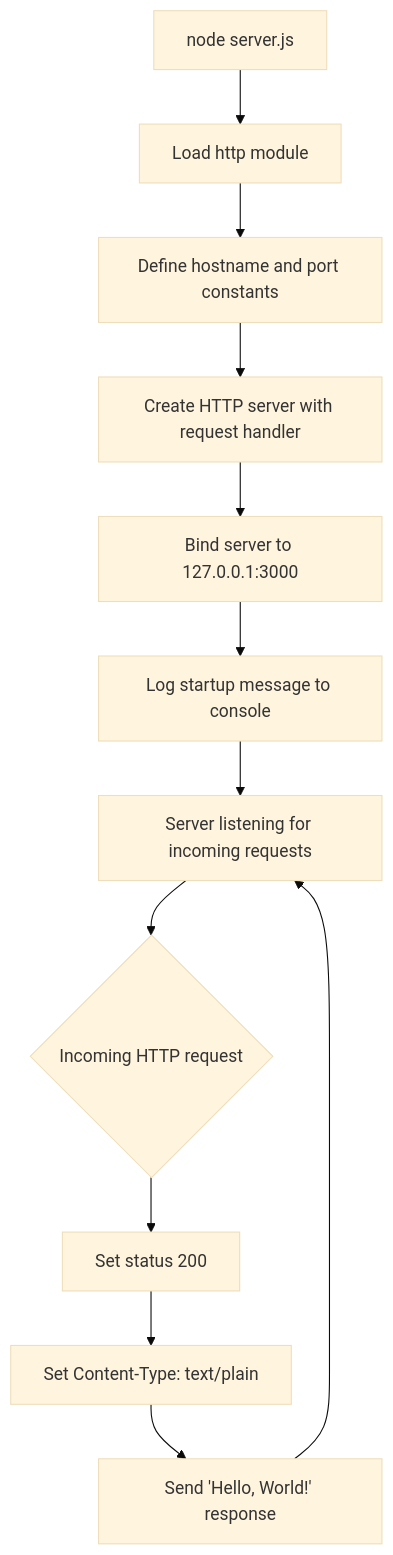
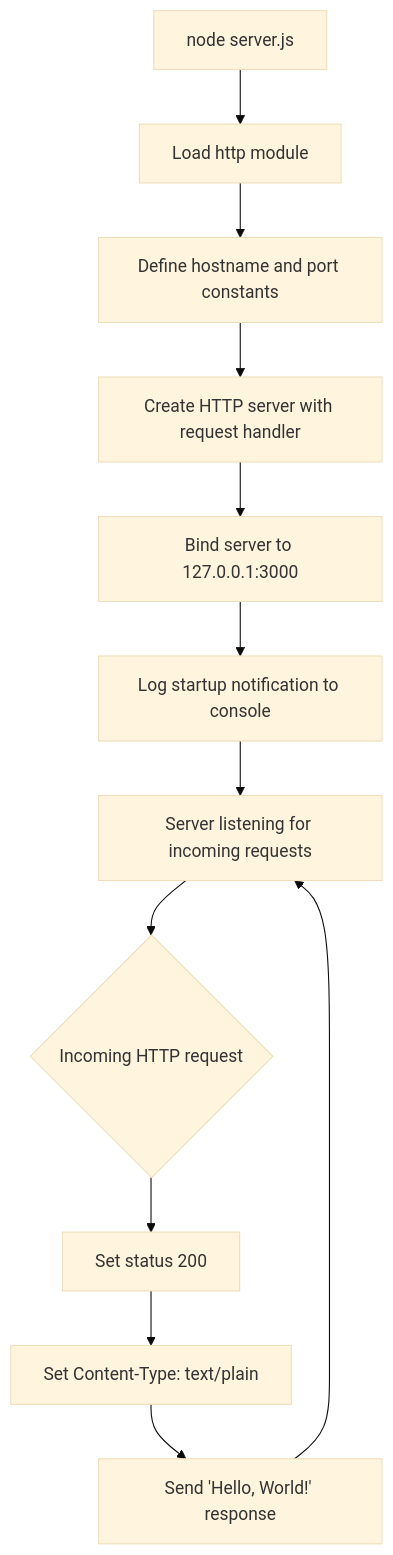
Before and after one commit to Sandeep04-git/01-ExistingProject-25-feb-New-repo: the second of 2 diagrams in README.md, drawn with Mermaid (base theme). The commit also changed other lines of this file, not shown here.

````diff
--- a/README.md
+++ b/README.md
@@ -347,14 +347,14 @@
 ```mermaid
 flowchart TD
     A[node server.js] --> B[Load http module]
     B --> C[Define hostname and port constants]
     C --> D[Create HTTP server with request handler]
     D --> E[Bind server to 127.0.0.1:3000]
-    E --> F[Log startup message to console]
+    E --> F[Log startup notification to console]
     F --> G[Server listening for incoming requests]
     G --> H{Incoming HTTP request}
     H --> I[Set status 200]
     I --> J[Set Content-Type: text/plain]
     J --> K["Send 'Hello, World!' response"]
     K --> G
 ```
````
